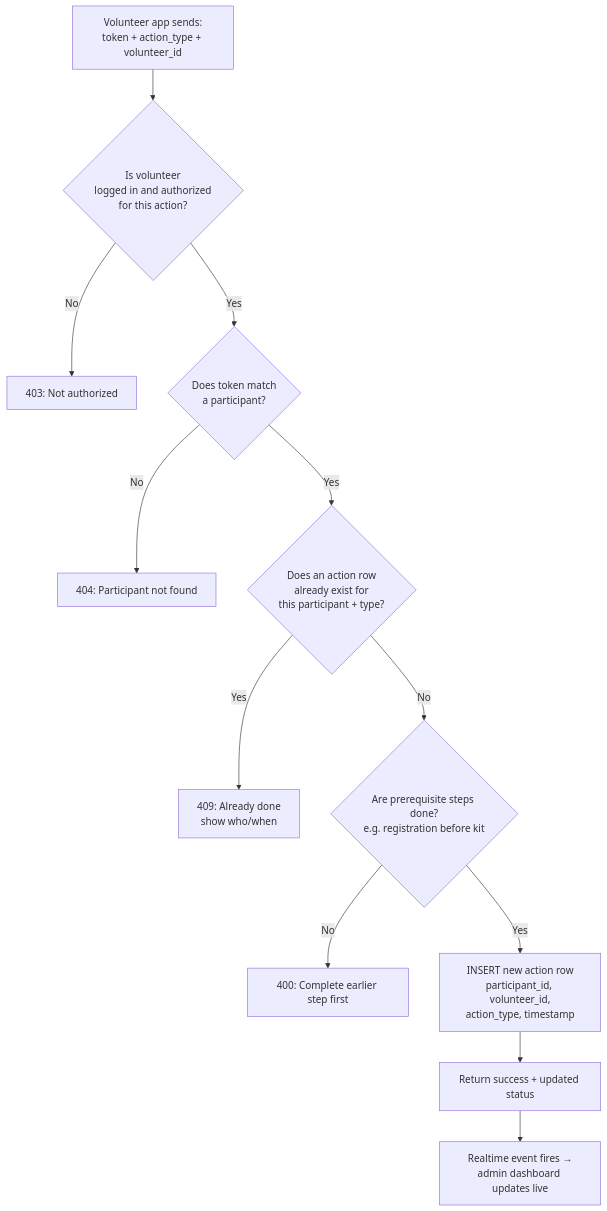
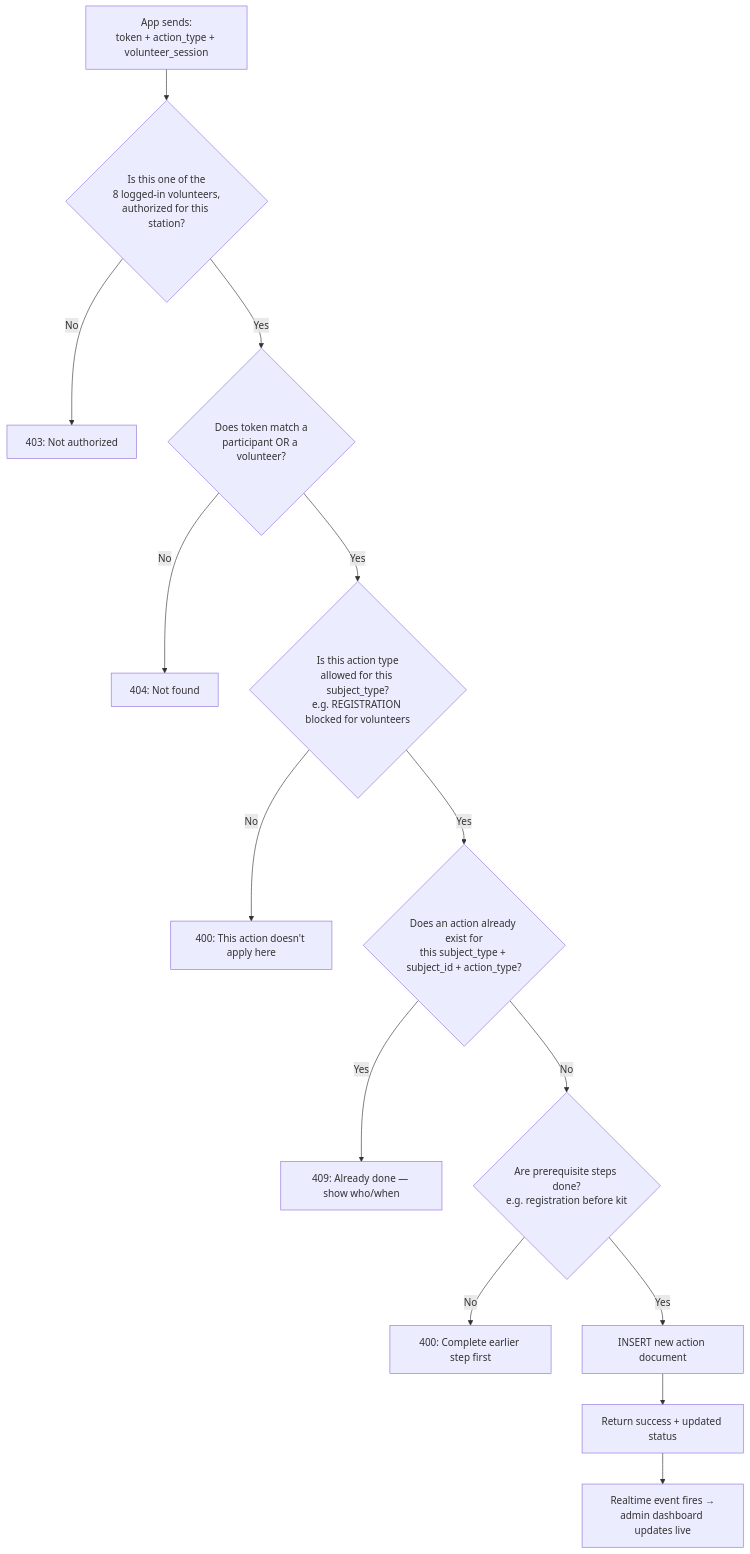
Before and after one commit to Prayas4590/TechForge2.0_App: the tenth of 22 diagrams in Event_Entry.md, drawn with Mermaid. The commit also changed other lines of this file, not shown here.

````diff
--- a/Event_Entry.md
+++ b/Event_Entry.md
@@ -602,14 +779,16 @@
 ```mermaid
 flowchart TD
-    S[Volunteer app sends:<br/>token + action_type + volunteer_id] --> A{Is volunteer<br/>logged in and authorized<br/>for this action?}
+    S[App sends:<br/>token + action_type + volunteer_session] --> A{Is this one of the<br/>8 logged-in volunteers,<br/>authorized for this station?}
     A -- No --> E1[403: Not authorized]
-    A -- Yes --> B{Does token match<br/>a participant?}
-    B -- No --> E2[404: Participant not found]
-    B -- Yes --> C{Does an action row<br/>already exist for<br/>this participant + type?}
-    C -- Yes --> E3[409: Already done<br/>show who/when]
+    A -- Yes --> B{Does token match a<br/>participant OR a volunteer?}
+    B -- No --> E2[404: Not found]
+    B -- Yes --> C0{Is this action type<br/>allowed for this subject_type?<br/>e.g. REGISTRATION blocked for volunteers}
+    C0 -- No --> E5[400: This action doesn't apply here]
+    C0 -- Yes --> C{Does an action already exist for<br/>this subject_type + subject_id + action_type?}
+    C -- Yes --> E3[409: Already done — show who/when]
     C -- No --> D{Are prerequisite steps done?<br/>e.g. registration before kit}
     D -- No --> E4[400: Complete earlier step first]
-    D -- Yes --> F[INSERT new action row<br/>participant_id, volunteer_id,<br/>action_type, timestamp]
+    D -- Yes --> F[INSERT new action document]
     F --> G[Return success + updated status]
     G --> H[Realtime event fires →<br/>admin dashboard updates live]
 ```
````
